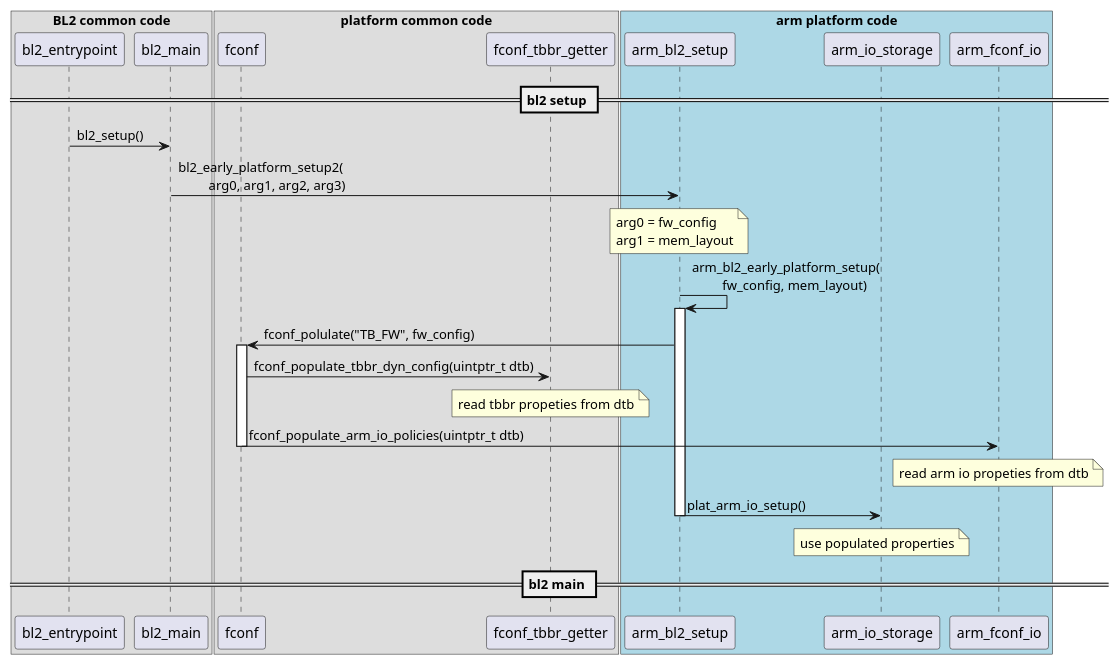
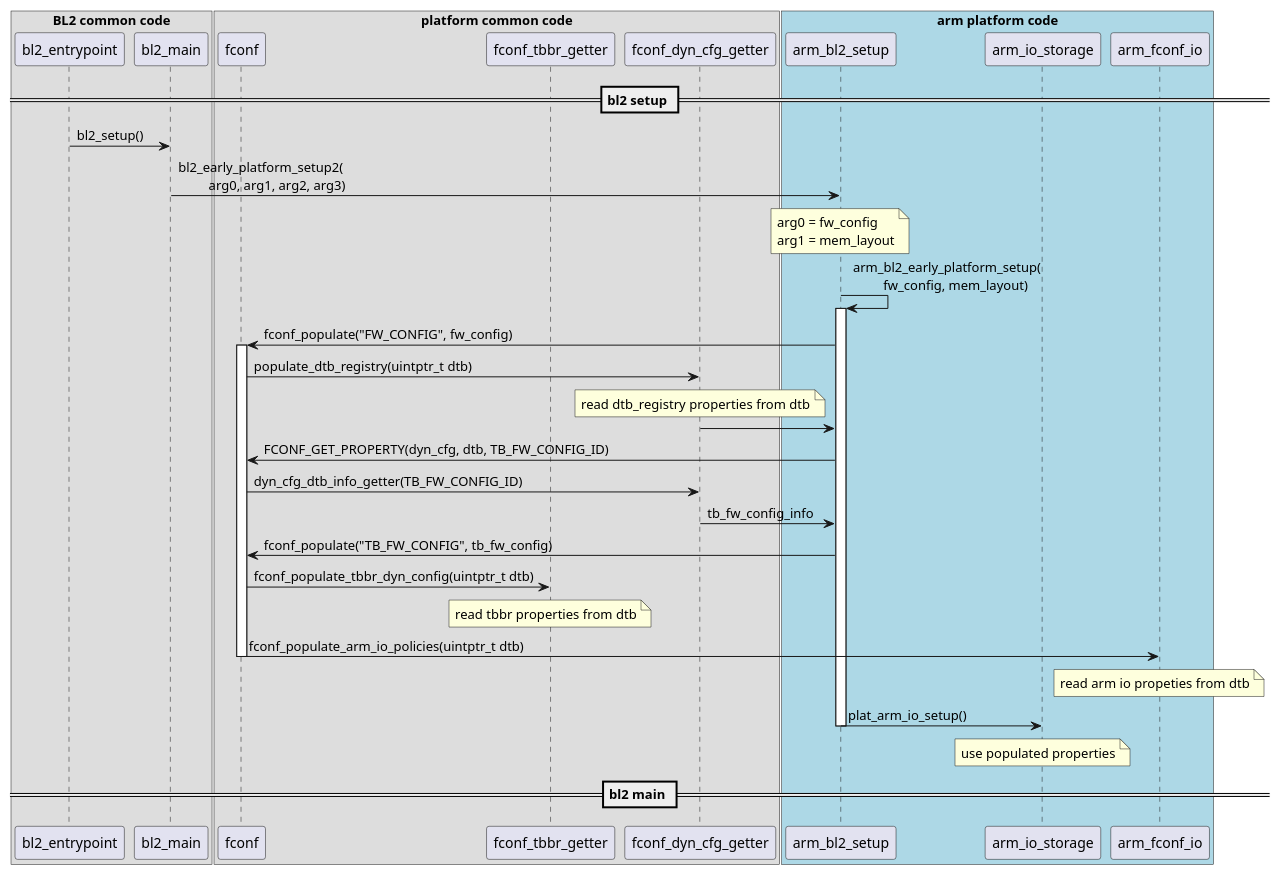
The diagram in docs/resources/diagrams/plantuml/fconf_bl2_populate.puml (renesas-rz/rzg_trusted-firmware-a), drawn with PlantUML before and after one commit. The commit also changed 2 other files, not shown here.

Commit message:
doc: Update BL1 and BL2 boot flow
Updated the document for BL1 and BL2 boot flow to capture
below changes made in FCONF

1. Loading of fw_config and tb_fw_config images by BL1.
2. Population of fw_config and tb_fw_config by BL2.

```diff
--- a/docs/resources/diagrams/plantuml/fconf_bl2_populate.puml
+++ b/docs/resources/diagrams/plantuml/fconf_bl2_populate.puml
@@ -1,41 +1,49 @@
 @startuml
 
 box "BL2 common code"
 	participant bl2_entrypoint
 	participant bl2_main
 end box
 
 box "platform common code"
 	participant fconf
 	participant fconf_tbbr_getter
+participant fconf_dyn_cfg_getter
 end box
 
 box "arm platform code" #LightBlue
 	participant arm_bl2_setup
 	participant arm_io_storage
 	participant arm_fconf_io
 end box
 
 == bl2 setup ==
 bl2_entrypoint -> bl2_main : bl2_setup()
 bl2_main -> arm_bl2_setup : bl2_early_platform_setup2(\n\t arg0, arg1, arg2, arg3)
 note over arm_bl2_setup
 	arg0 = fw_config
 	arg1 = mem_layout
 end note
 arm_bl2_setup -> arm_bl2_setup : arm_bl2_early_platform_setup(\n\t fw_config, mem_layout)
 activate arm_bl2_setup
-	arm_bl2_setup -> fconf: fconf_polulate("TB_FW", fw_config)
+	arm_bl2_setup -> fconf: fconf_populate("FW_CONFIG", fw_config)
 	activate fconf
+		fconf -> fconf_dyn_cfg_getter: populate_dtb_registry(uintptr_t dtb)
+		note over fconf_dyn_cfg_getter: read dtb_registry properties from dtb
+		fconf_dyn_cfg_getter -> arm_bl2_setup
+		arm_bl2_setup -> fconf: FCONF_GET_PROPERTY(dyn_cfg, dtb, TB_FW_CONFIG_ID)
+		fconf -> fconf_dyn_cfg_getter: dyn_cfg_dtb_info_getter(TB_FW_CONFIG_ID)
+		fconf_dyn_cfg_getter -> arm_bl2_setup: tb_fw_config_info
+		arm_bl2_setup -> fconf: fconf_populate("TB_FW_CONFIG", tb_fw_config)
 		fconf -> fconf_tbbr_getter: fconf_populate_tbbr_dyn_config(uintptr_t dtb)
-		note over fconf_tbbr_getter: read tbbr propeties from dtb
+		note over fconf_tbbr_getter: read tbbr properties from dtb
 		fconf -> arm_fconf_io: fconf_populate_arm_io_policies(uintptr_t dtb)
 		note over arm_fconf_io: read arm io propeties from dtb
 	deactivate fconf
 	arm_bl2_setup -> arm_io_storage : plat_arm_io_setup()
 	note over arm_io_storage: use populated properties
 deactivate arm_bl2_setup
 
 == bl2 main ==
 
 @enduml
```
